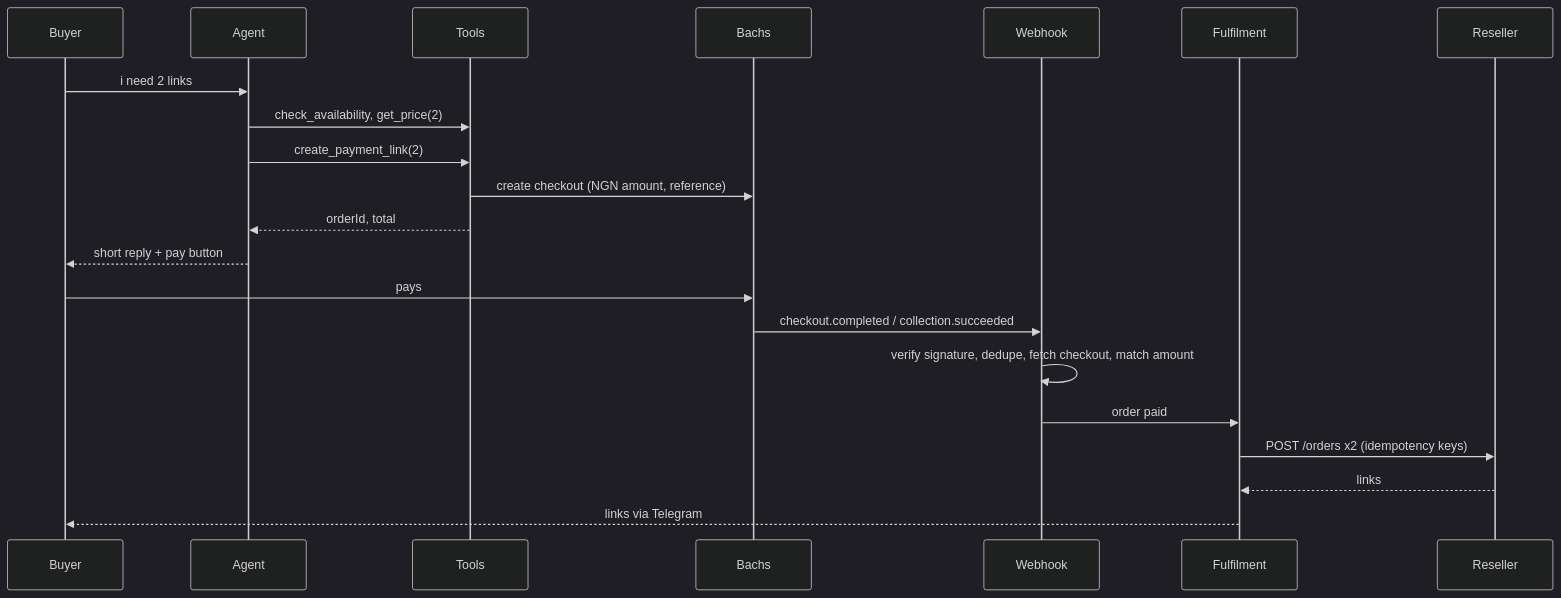
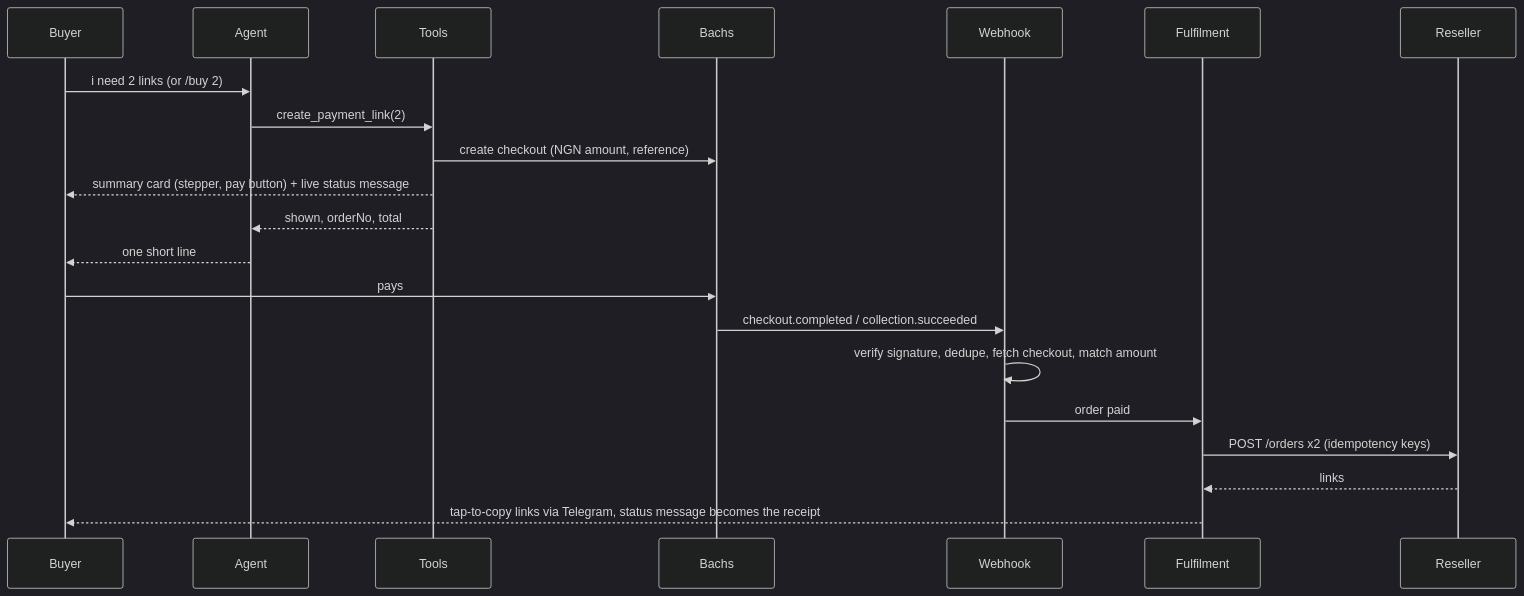
Before and after one commit to samkiell/geminipro: the second of 2 diagrams in docs/ARCHITECTURE.md, drawn with Mermaid (dark theme). The commit also changed other lines of this file and 4 other files, not shown here.

````diff
--- a/docs/ARCHITECTURE.md
+++ b/docs/ARCHITECTURE.md
@@ -227,23 +262,23 @@
 ```mermaid
 sequenceDiagram
   participant B as Buyer
   participant Ag as Agent
   participant T as Tools
   participant PS as Bachs
   participant W as Webhook
   participant F as Fulfilment
   participant R as Reseller
-  B->>Ag: i need 2 links
-  Ag->>T: check_availability, get_price(2)
+  B->>Ag: i need 2 links (or /buy 2)
   Ag->>T: create_payment_link(2)
   T->>PS: create checkout (NGN amount, reference)
-  T-->>Ag: orderId, total
-  Ag-->>B: short reply + pay button
+  T-->>B: summary card (stepper, pay button) + live status message
+  T-->>Ag: shown, orderNo, total
+  Ag-->>B: one short line
   B->>PS: pays
   PS->>W: checkout.completed / collection.succeeded
   W->>W: verify signature, dedupe, fetch checkout, match amount
   W->>F: order paid
   F->>R: POST /orders x2 (idempotency keys)
   R-->>F: links
-  F-->>B: links via Telegram
+  F-->>B: tap-to-copy links via Telegram, status message becomes the receipt
 ```
````
